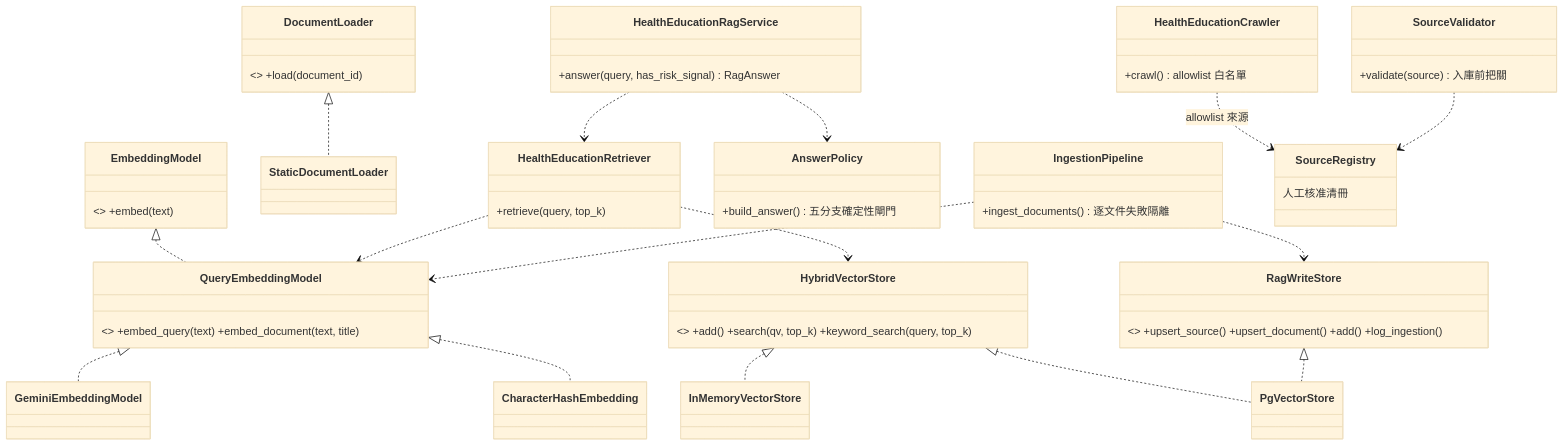
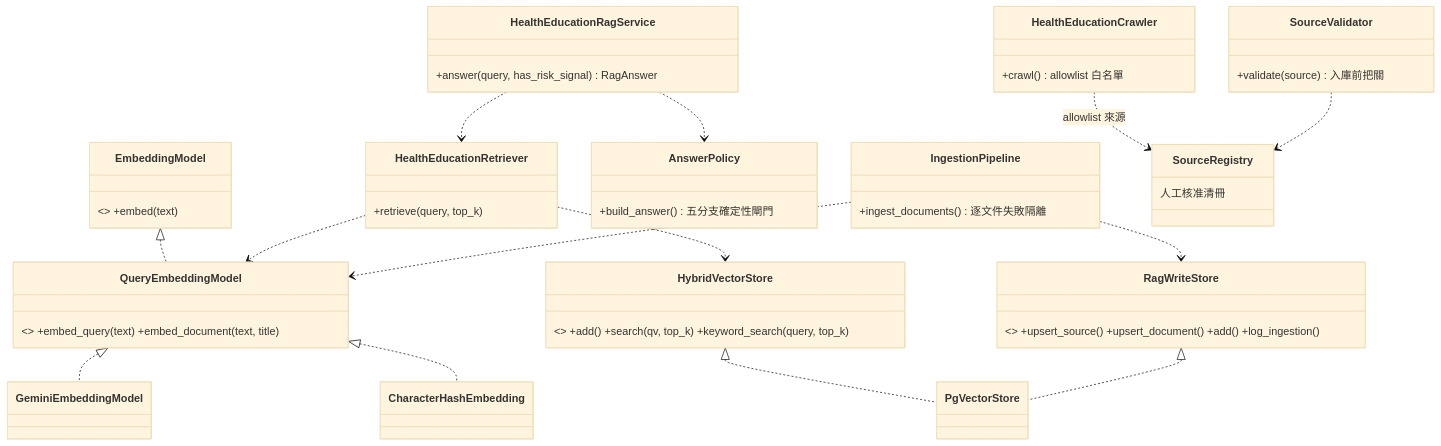
Before and after one commit to leo53021313/kinsun: the fourth of 6 diagrams in docs/dev/10_類別關係.md, drawn with Mermaid (base theme). The commit also changed other lines of this file and 15 other files, not shown here.

````diff
--- a/docs/dev/10_類別關係.md
+++ b/docs/dev/10_類別關係.md
@@ -196,37 +196,32 @@
 ```mermaid
 classDiagram
     direction TB
     class EmbeddingModel { <<Protocol>> +embed(text) }
     class QueryEmbeddingModel { <<Protocol>> +embed_query(text) +embed_document(text, title) }
     class GeminiEmbeddingModel
     class CharacterHashEmbedding
     class HybridVectorStore { <<Protocol>> +add() +search(qv, top_k) +keyword_search(query, top_k) }
     class RagWriteStore { <<Protocol>> +upsert_source() +upsert_document() +add() +log_ingestion() }
-    class InMemoryVectorStore
     class PgVectorStore
-    class DocumentLoader { <<Protocol，production 未用>> +load(document_id) }
-    class StaticDocumentLoader
     class HealthEducationRetriever { +retrieve(query, top_k) }
     class HealthEducationRagService { +answer(query, has_risk_signal) RagAnswer }
     class AnswerPolicy { +build_answer() 五分支確定性閘門 }
     class IngestionPipeline { +ingest_documents() 逐文件失敗隔離 }
     class SourceRegistry { 人工核准清冊 }
     class SourceValidator { +validate(source) 入庫前把關 }
     class HealthEducationCrawler { +crawl() allowlist 白名單 }
 
     EmbeddingModel <|.. QueryEmbeddingModel
     QueryEmbeddingModel <|.. GeminiEmbeddingModel
     QueryEmbeddingModel <|.. CharacterHashEmbedding
-    HybridVectorStore <|.. InMemoryVectorStore
     HybridVectorStore <|.. PgVectorStore
     RagWriteStore <|.. PgVectorStore
-    DocumentLoader <|.. StaticDocumentLoader
     HealthEducationRetriever ..> QueryEmbeddingModel
     HealthEducationRetriever ..> HybridVectorStore
     HealthEducationRagService ..> HealthEducationRetriever
     HealthEducationRagService ..> AnswerPolicy
     IngestionPipeline ..> RagWriteStore
     IngestionPipeline ..> QueryEmbeddingModel
     HealthEducationCrawler ..> SourceRegistry : allowlist 來源
     SourceValidator ..> SourceRegistry
 ```
````
